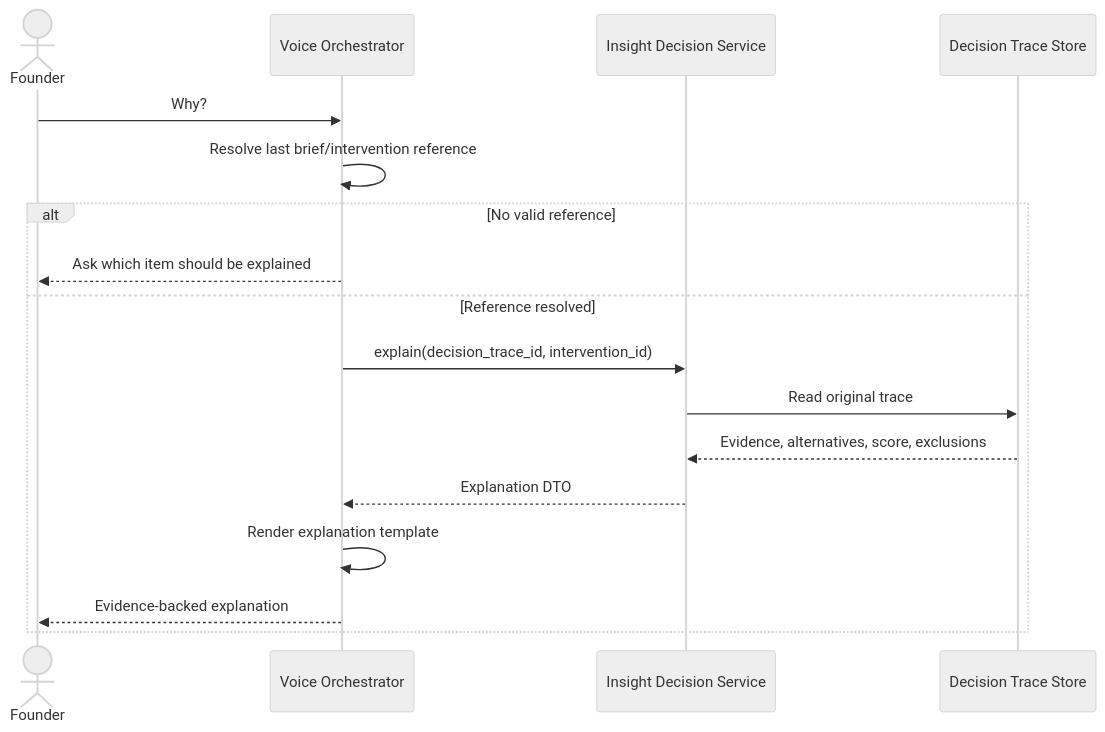
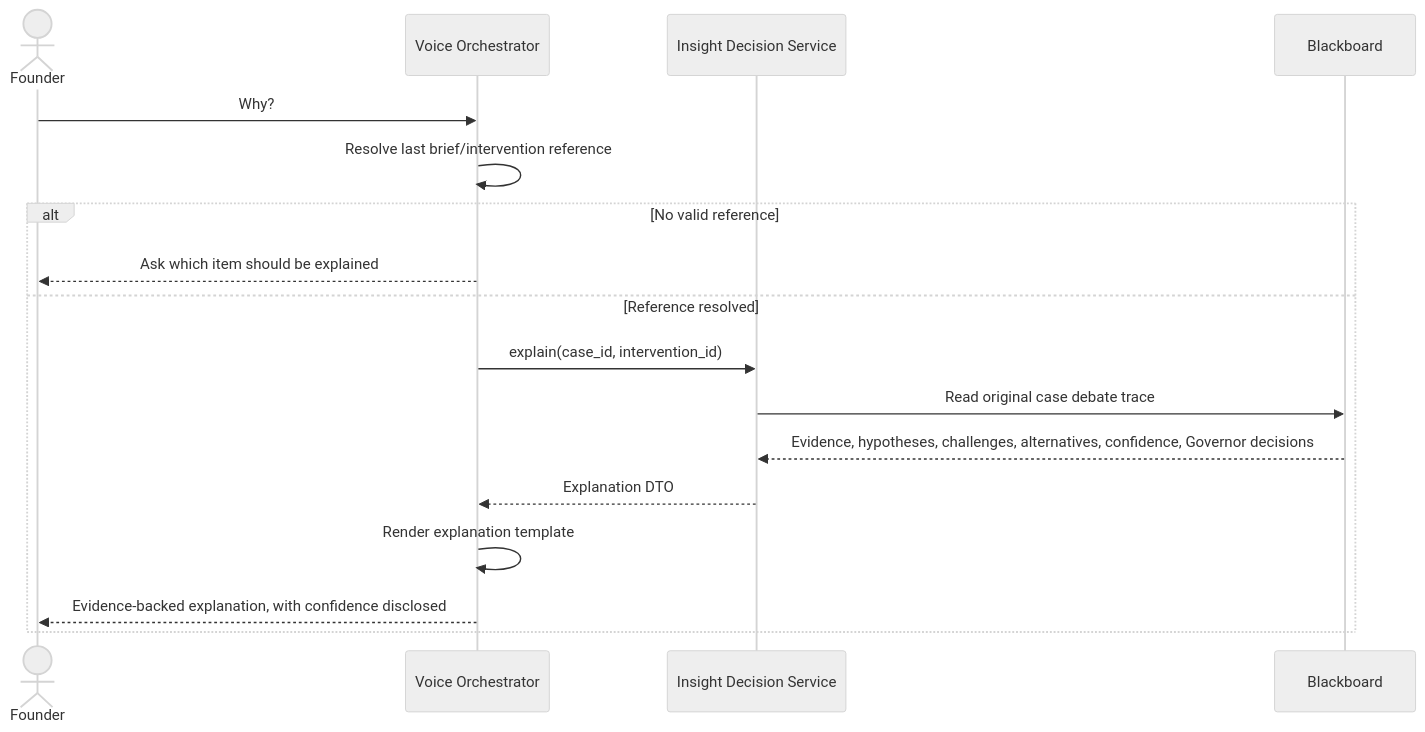
Before and after one commit to Tervigon-Collective/Seleric_Agent: the third of 9 diagrams in 07_WORKFLOW_AND_DATA_FLOW.md, drawn with Mermaid (neutral theme). The commit also changed other lines of this file and 26 other files, not shown here.

````diff
--- a/07_WORKFLOW_AND_DATA_FLOW.md
+++ b/07_WORKFLOW_AND_DATA_FLOW.md
@@ -187,20 +168,20 @@
 ```mermaid
 sequenceDiagram
     actor Founder
     participant Voice as Voice Orchestrator
     participant Insight as Insight Decision Service
-    participant Trace as Decision Trace Store
+    participant BB as Blackboard
 
     Founder->>Voice: Why?
     Voice->>Voice: Resolve last brief/intervention reference
     alt No valid reference
         Voice-->>Founder: Ask which item should be explained
     else Reference resolved
-        Voice->>Insight: explain(decision_trace_id, intervention_id)
-        Insight->>Trace: Read original trace
-        Trace-->>Insight: Evidence, alternatives, score, exclusions
+        Voice->>Insight: explain(case_id, intervention_id)
+        Insight->>BB: Read original case debate trace
+        BB-->>Insight: Evidence, hypotheses, challenges, alternatives, confidence, Governor decisions
         Insight-->>Voice: Explanation DTO
         Voice->>Voice: Render explanation template
-        Voice-->>Founder: Evidence-backed explanation
+        Voice-->>Founder: Evidence-backed explanation, with confidence disclosed
     end
 ```
````
